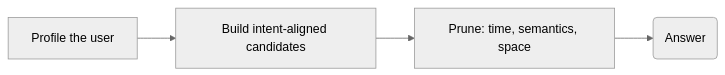
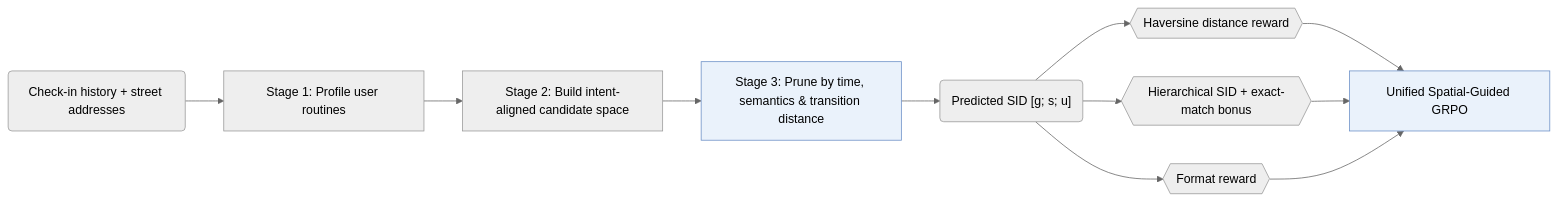
The second of 2 diagrams in notes/ros.md (Galaxy-ghost/Awesome-SID-Generative-Rec), drawn with Mermaid (neutral theme) before and after one commit. The commit also changed other lines of this file and 649 other files, not shown here.

Commit message:
writer-05: also tags and modality index (schema, check, build, visuals); summary field removed; calibration data for 12 papers

````diff
--- a/notes/ros.md
+++ b/notes/ros.md
@@ -41,4 +43,14 @@
 ```mermaid
 flowchart LR
-    U["Profile the user"] --> C["Build intent-aligned candidates"] --> P["Prune: time, semantics, space"] --> A("Answer")
+    T("Check-in history + street addresses") --> U["Stage 1: Profile user routines"]
+    U --> C["Stage 2: Build intent-aligned candidate space"]
+    C --> P["Stage 3: Prune by time, semantics & transition distance"]:::key
+    P --> A("Predicted SID [g; s; u]")
+    A --> R1{{"Haversine distance reward"}}
+    A --> R2{{"Hierarchical SID + exact-match bonus"}}
+    A --> R3{{"Format reward"}}
+    R1 --> GRPO["Unified Spatial-Guided GRPO"]:::key
+    R2 --> GRPO
+    R3 --> GRPO
+    classDef key fill:#eaf2fb,stroke:#6b8fc7
 ```
````
